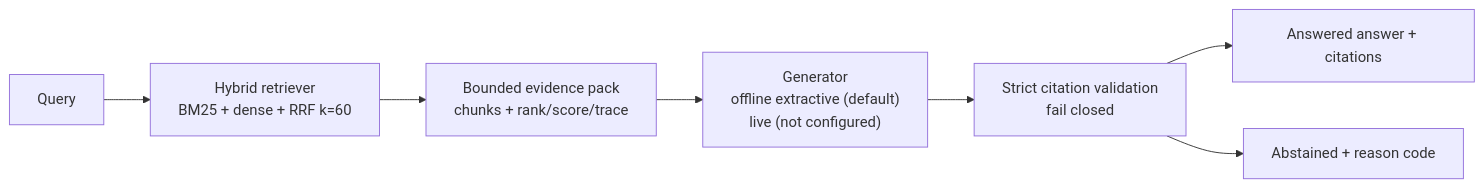
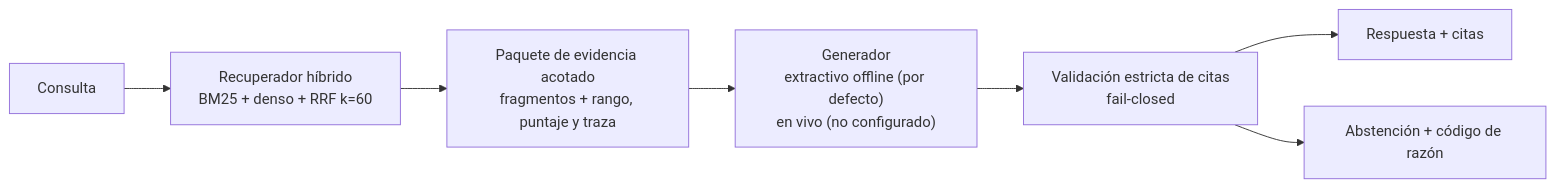
Before and after one commit to Eduardo12Pacheco/evidence-grounded-rag-system: the diagram in README.md, drawn with Mermaid. The commit also changed other lines of this file, not shown here.

First line of the commit message:
docs(readme): rewrite the Spanish README around the evidence funnel

````diff
--- a/README.md
+++ b/README.md
@@ -63,9 +38,9 @@
 ```mermaid
 flowchart LR
-    Q["Query"] --> R["Hybrid retriever<br/>BM25 + dense + RRF k=60"]
-    R --> E["Bounded evidence pack<br/>chunks + rank/score/trace"]
-    E --> G["Generator<br/>offline extractive (default)<br/>live (not configured)"]
-    G --> V["Strict citation validation<br/>fail closed"]
-    V --> A["Answered answer + citations"]
-    V --> AB["Abstained + reason code"]
+    Q["Consulta"] --> R["Recuperador híbrido<br/>BM25 + denso + RRF k=60"]
+    R --> E["Paquete de evidencia acotado<br/>fragmentos + rango, puntaje y traza"]
+    E --> G["Generador<br/>extractivo offline (por defecto)<br/>en vivo (no configurado)"]
+    G --> V["Validación estricta de citas<br/>fail-closed"]
+    V --> A["Respuesta + citas"]
+    V --> AB["Abstención + código de razón"]
 ```
````
